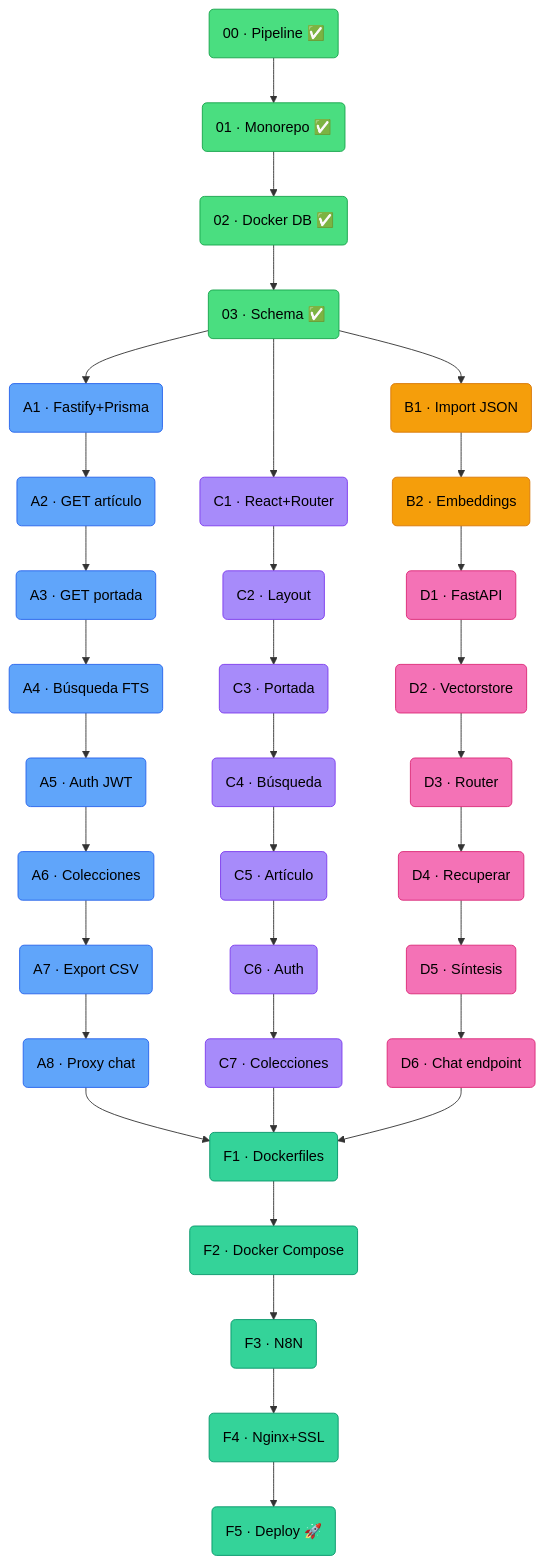
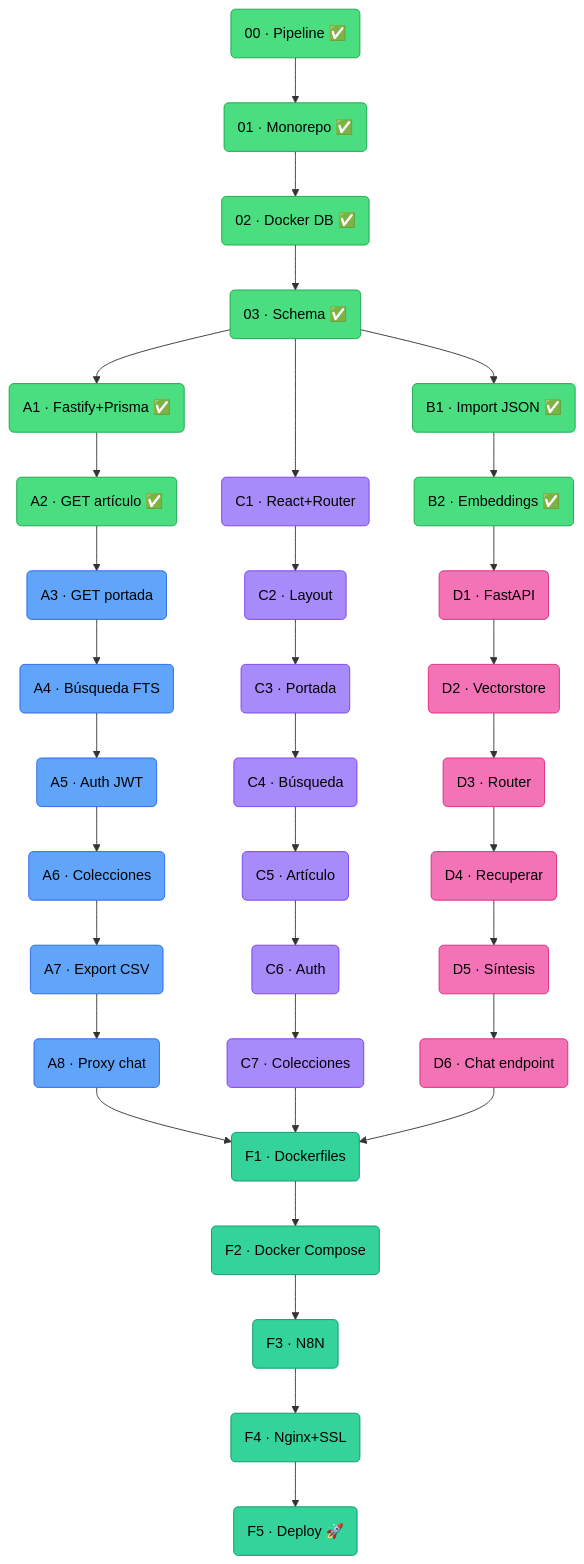
The diagram in README.md (Daniel-kripta/Proyecto_Final_Full_Stack_-_Sansofe_WebApp), drawn with Mermaid before and after one commit. The commit also changed other lines of this file and 2 other files, not shown here.

Commit message:
feat: Phase A3 - endpoint portada

````diff
--- a/README.md
+++ b/README.md
@@ -173,51 +173,51 @@
 ```mermaid
 graph TD
     P00("00 · Pipeline ✅"):::done --> P01("01 · Monorepo ✅"):::done
     P01 --> P02("02 · Docker DB ✅"):::done
     P02 --> P03("03 · Schema ✅"):::done
 
-    P03 --> A1("A1 · Fastify+Prisma"):::backend
-    P03 --> B1("B1 · Import JSON"):::data
+    P03 --> A1("A1 · Fastify+Prisma ✅"):::done
+    P03 --> B1("B1 · Import JSON ✅"):::done
     P03 --> C1("C1 · React+Router"):::frontend
 
-    A1 --> A2("A2 · GET artículo"):::backend
+    A1 --> A2("A2 · GET artículo ✅"):::done
     A2 --> A3("A3 · GET portada"):::backend
     A3 --> A4("A4 · Búsqueda FTS"):::backend
     A4 --> A5("A5 · Auth JWT"):::backend
     A5 --> A6("A6 · Colecciones"):::backend
     A6 --> A7("A7 · Export CSV"):::backend
     A7 --> A8("A8 · Proxy chat"):::backend
 
-    B1 --> B2("B2 · Embeddings"):::data
+    B1 --> B2("B2 · Embeddings ✅"):::done
 
     C1 --> C2("C2 · Layout"):::frontend
     C2 --> C3("C3 · Portada"):::frontend
     C3 --> C4("C4 · Búsqueda"):::frontend
     C4 --> C5("C5 · Artículo"):::frontend
     C5 --> C6("C6 · Auth"):::frontend
     C6 --> C7("C7 · Colecciones"):::frontend
 
     B2 --> D1("D1 · FastAPI"):::ai
     D1 --> D2("D2 · Vectorstore"):::ai
     D2 --> D3("D3 · Router"):::ai
     D3 --> D4("D4 · Recuperar"):::ai
     D4 --> D5("D5 · Síntesis"):::ai
     D5 --> D6("D6 · Chat endpoint"):::ai
 
     A8 --> F1("F1 · Dockerfiles"):::deploy
     C7 --> F1
     D6 --> F1
 
     F1 --> F2("F2 · Docker Compose"):::deploy
     F2 --> F3("F3 · N8N"):::deploy
     F3 --> F4("F4 · Nginx+SSL"):::deploy
     F4 --> F5("F5 · Deploy 🚀"):::deploy
 
     classDef done fill:#4ade80,stroke:#16a34a,color:#000
     classDef setup fill:#94a3b8,stroke:#475569,color:#000
     classDef backend fill:#60a5fa,stroke:#2563eb,color:#000
     classDef data fill:#f59e0b,stroke:#d97706,color:#000
     classDef frontend fill:#a78bfa,stroke:#7c3aed,color:#000
     classDef ai fill:#f472b6,stroke:#db2777,color:#000
     classDef deploy fill:#34d399,stroke:#059669,color:#000
 ```
````
